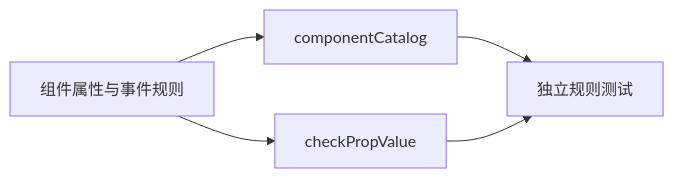
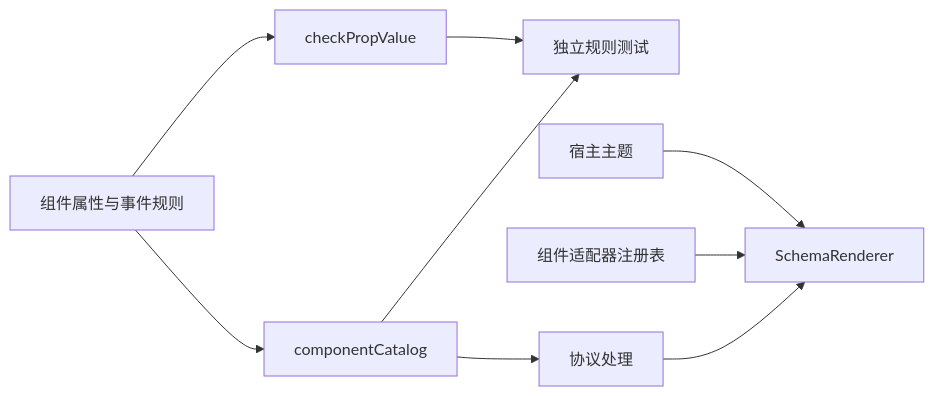
One commit to openJiuwen-ai/jiuwenswarm changed the diagram in jiuwenswarm/channels/web/frontend/src/features/webui/docs/features/F_01_antd-components.md. Above: the diagram before and after it, drawn with Mermaid. The commit also changed other lines of this file and 26 other files, not shown here.

````diff
--- a/jiuwenswarm/channels/web/frontend/src/features/webui/docs/features/F_01_antd-components.md
+++ b/jiuwenswarm/channels/web/frontend/src/features/webui/docs/features/F_01_antd-components.md
@@ -15,7 +15,11 @@
 ```mermaid
 flowchart LR
     Rules[组件属性与事件规则] --> Catalog[componentCatalog]
     Rules --> Check[checkPropValue]
     Catalog --> Tests[独立规则测试]
     Check --> Tests
+    Catalog --> Protocol[协议处理]
+    Protocol --> Renderer[SchemaRenderer]
+    Registry[组件适配器注册表] --> Renderer
+    Theme[宿主主题] --> Renderer
 ```
````
